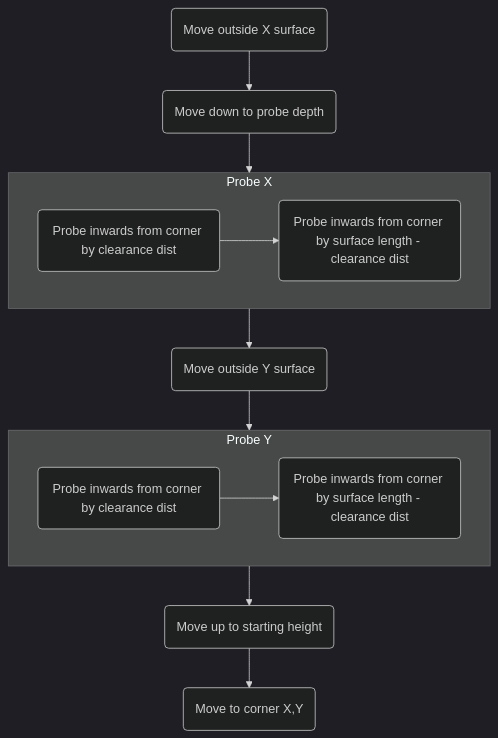
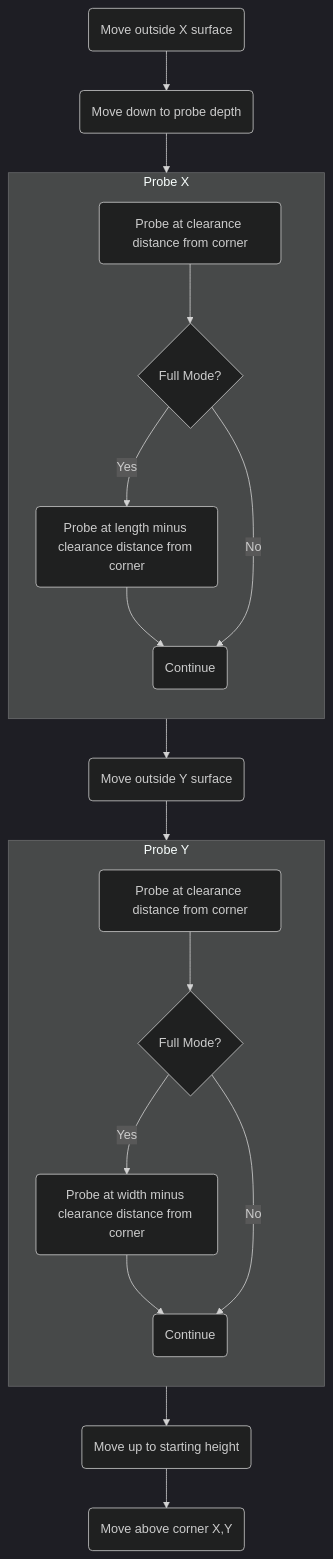
The eighth of 10 diagrams in docs/millennium-os/manual/usage.md (MillenniumMachines/millenniummachines.github.io), drawn with Mermaid (dark theme) before and after one commit. The commit also changed other lines of this file, not shown here.

````diff
--- a/docs/millennium-os/manual/usage.md
+++ b/docs/millennium-os/manual/usage.md
@@ -275,17 +297,29 @@
 ```mermaid
 flowchart TB
-    1(Move outside X surface)
-    2(Move down to probe depth)
+    2(Move outside X surface)
+    3(Move down to probe depth)
     subgraph A2[Probe X]
-        3(Probe inwards from corner by clearance dist) -->
-        4(Probe inwards from corner by surface length - clearance dist)
+        direction TB
+        4(Probe at clearance distance from corner)
+        5{Full Mode?}
+        6(Probe at length minus clearance distance from corner)
+        7(Continue)
+        4 --> 5 -->|Yes| 6
+        6 --> 7
+        5 -->|No| 7
     end
-    6(Move outside Y surface)
+    8(Move outside Y surface)
     subgraph A3[Probe Y]
-        7(Probe inwards from corner by clearance dist) -->
-        8(Probe inwards from corner by surface length - clearance dist)
+        direction TB
+        9(Probe at clearance distance from corner)
+        10{Full Mode?}
+        11(Probe at width minus clearance distance from corner)
+        12(Continue)
+        9 --> 10 -->|Yes| 11
+        11 --> 12
+        10 -->|No| 12
     end
-    9(Move up to starting height)
-    10(Move to corner X,Y)
-    1 --> 2 --> A2 --> 6 --> A3 --> 9 --> 10
+    13(Move up to starting height)
+    14(Move above corner X,Y)
+    2 --> 3 --> A2 --> 8 --> A3 --> 13 --> 14
 ```
````
